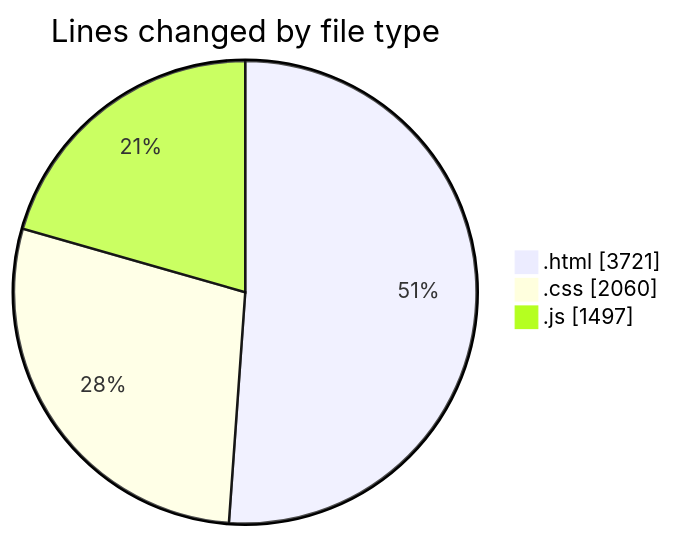
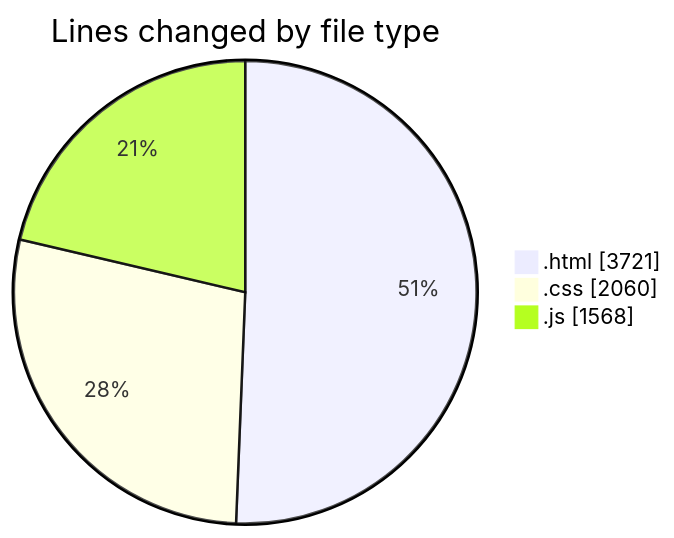
One commit to Ritupan-Deka/code-tracking changed the first of 2 diagrams in 2025-05-24/projects/README.md. Above: the diagram before and after it, drawn with Mermaid. The commit also changed other lines of this file and 1 other file, not shown here.

````diff
--- a/2025-05-24/projects/README.md
+++ b/2025-05-24/projects/README.md
@@ -23,7 +23,7 @@
 ```mermaid
 pie showData
 title Lines changed by file type
 ".html" : 3721
 ".css" : 2060
-".js" : 1497
+".js" : 1568
 ```
````
